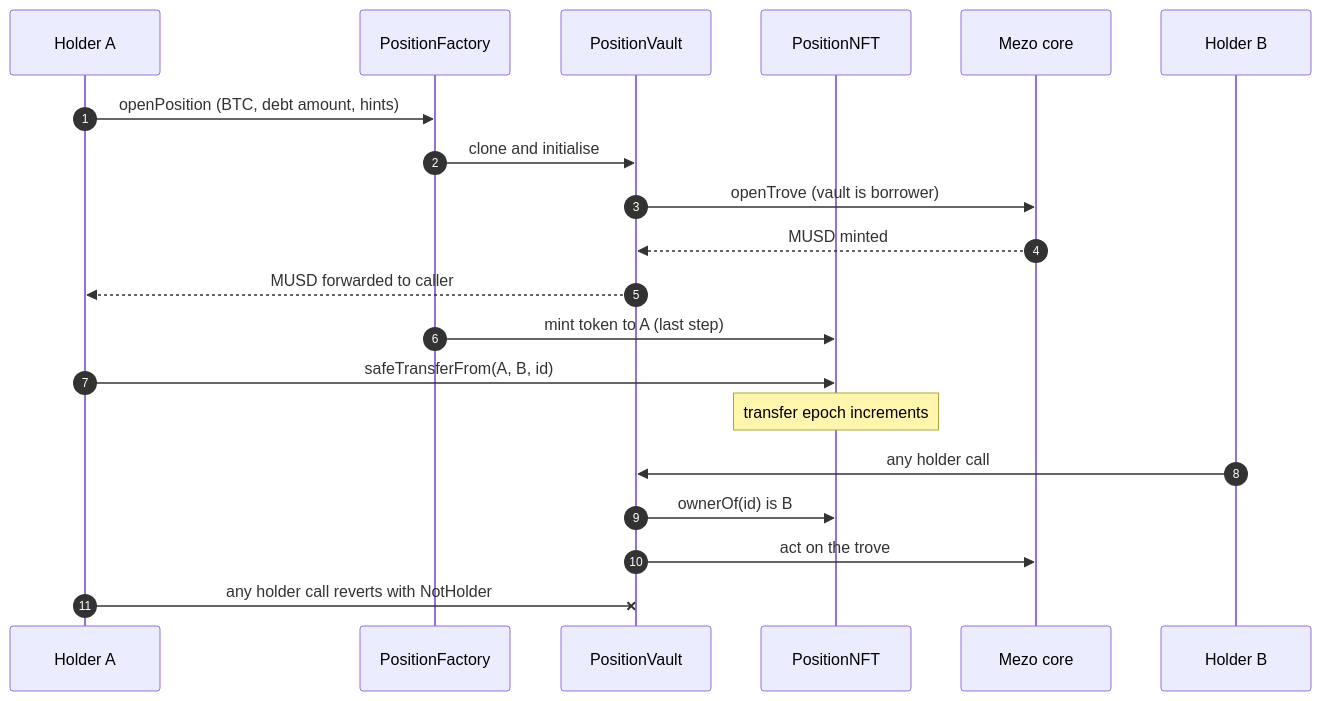
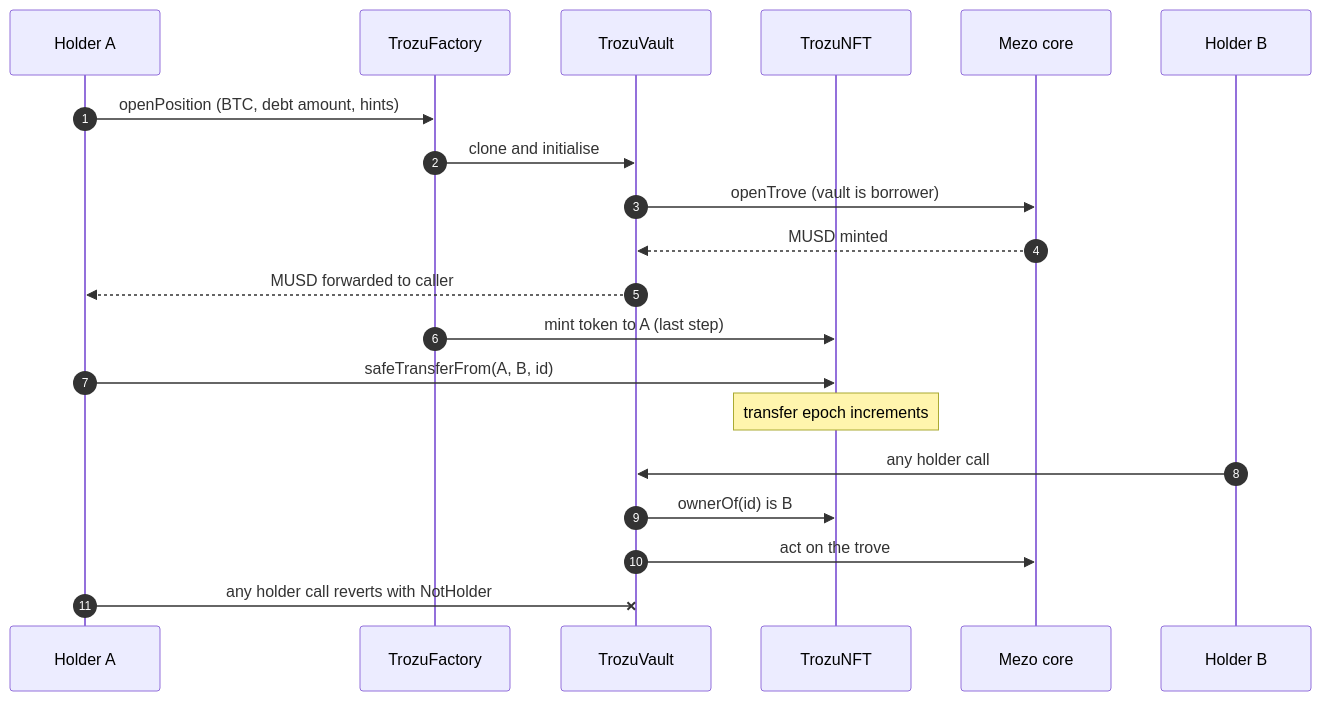
Before and after one commit to Oladayo-Ahmod/keel: the second of 3 diagrams in README.md, drawn with Mermaid. The commit also changed other lines of this file, not shown here.

Commit message:
rewrite the readme for the trozu contracts, app pages and packages

````diff
--- a/README.md
+++ b/README.md
@@ -97,23 +125,23 @@
 ```mermaid
 sequenceDiagram
     autonumber
     participant A as Holder A
-    participant F as PositionFactory
-    participant V as PositionVault
-    participant N as PositionNFT
+    participant F as TrozuFactory
+    participant V as TrozuVault
+    participant N as TrozuNFT
     participant M as Mezo core
     participant B as Holder B
 
     A->>F: openPosition (BTC, debt amount, hints)
     F->>V: clone and initialise
     V->>M: openTrove (vault is borrower)
     M-->>V: MUSD minted
     V-->>A: MUSD forwarded to caller
     F->>N: mint token to A (last step)
     A->>N: safeTransferFrom(A, B, id)
     Note over N: transfer epoch increments
     B->>V: any holder call
     V->>N: ownerOf(id) is B
     V->>M: act on the trove
     A-xV: any holder call reverts with NotHolder
 ```
````
